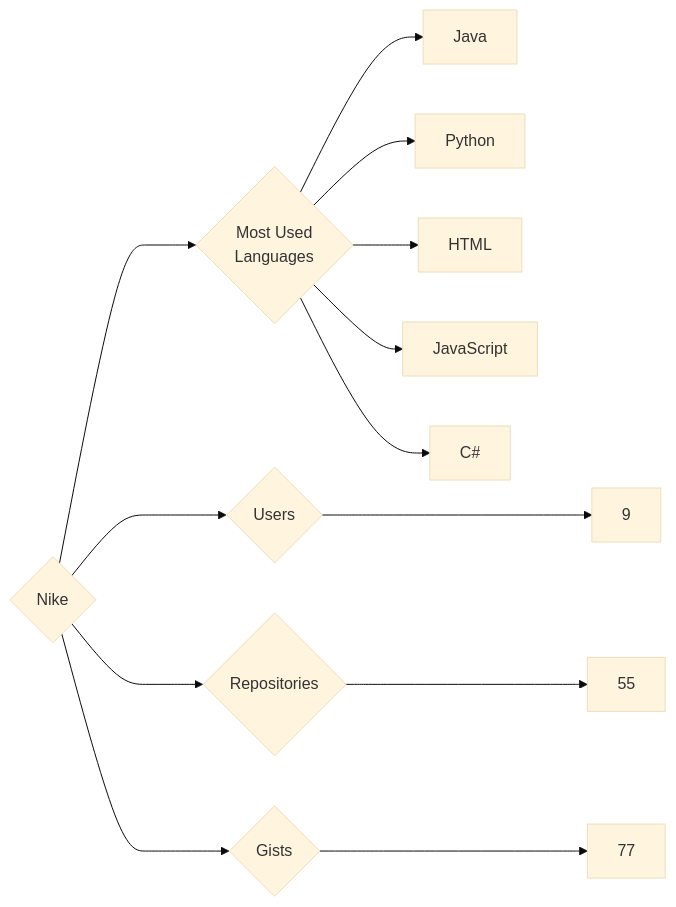
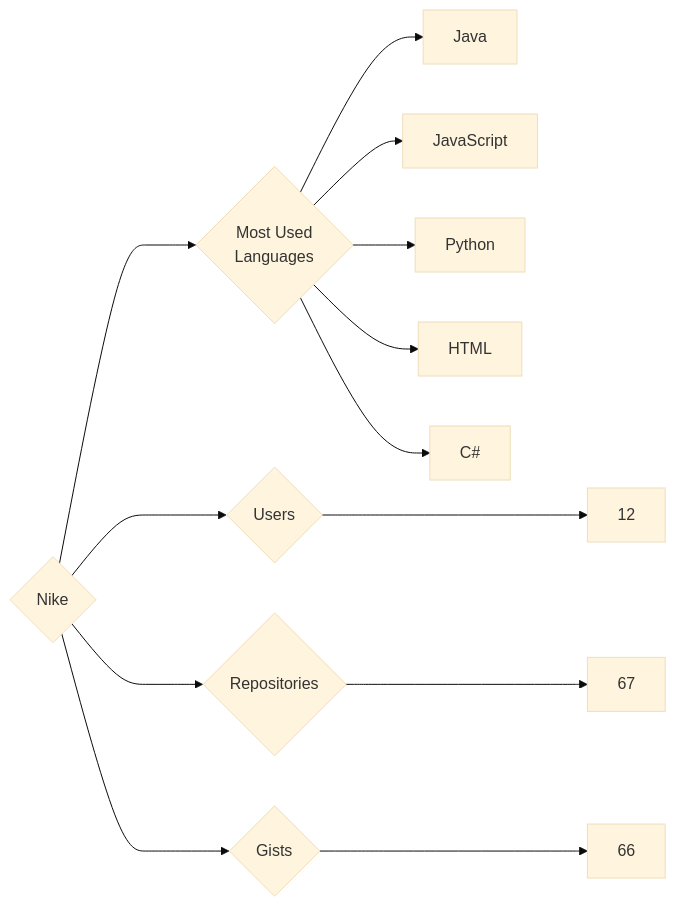
One commit to trickest/insiders changed the diagram in targets/Nike/README.md. Above: the diagram before and after it, drawn with Mermaid (base theme). The commit also changed 728 other files, not shown here.

````diff
--- a/targets/Nike/README.md
+++ b/targets/Nike/README.md
@@ -3,13 +3,13 @@
 ```mermaid
 graph LR
 COMPANY_NAME{Nike}
-COMPANY_NAME ---> U{Users} ---> UN[9]
-COMPANY_NAME ---> R{Repositories} ---> RN[55]
-COMPANY_NAME ---> G{Gists} ---> GN[77]
+COMPANY_NAME ---> U{Users} ---> UN[12]
+COMPANY_NAME ---> R{Repositories} ---> RN[67]
+COMPANY_NAME ---> G{Gists} ---> GN[66]
 COMPANY_NAME ---> ML{Most Used<br>Languages}
 ML --> Java[Java]
+ML --> JavaScript[JavaScript]
 ML --> Python[Python]
 ML --> HTML[HTML]
-ML --> JavaScript[JavaScript]
 ML --> C#[C#]
 ```
````
